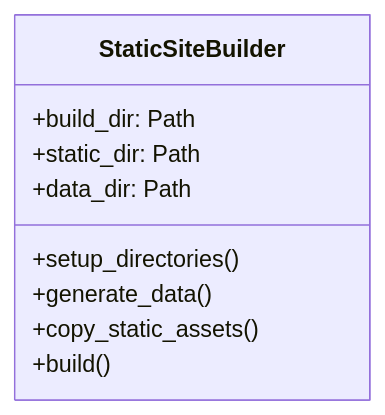
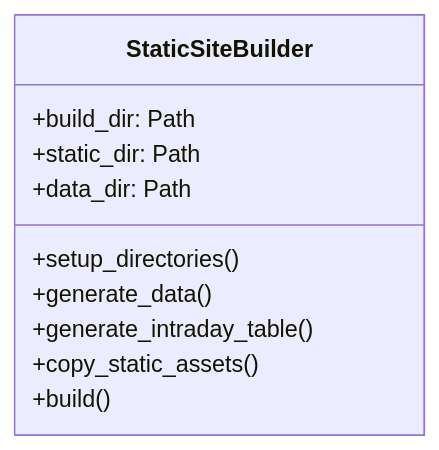
One commit to onlyspx/market-lens changed the third of 4 diagrams in docs/architecture.md. Above: the diagram before and after it, drawn with Mermaid. The commit also changed other lines of this file and 6 other files, not shown here.

First line of the commit message:
Add intraday range table feature with color-coded cells

````diff
--- a/docs/architecture.md
+++ b/docs/architecture.md
@@ -52,12 +54,13 @@
 ```mermaid
 classDiagram
     class StaticSiteBuilder {
         +build_dir: Path
         +static_dir: Path
         +data_dir: Path
         +setup_directories()
         +generate_data()
+        +generate_intraday_table()
         +copy_static_assets()
         +build()
     }
 ```
````
